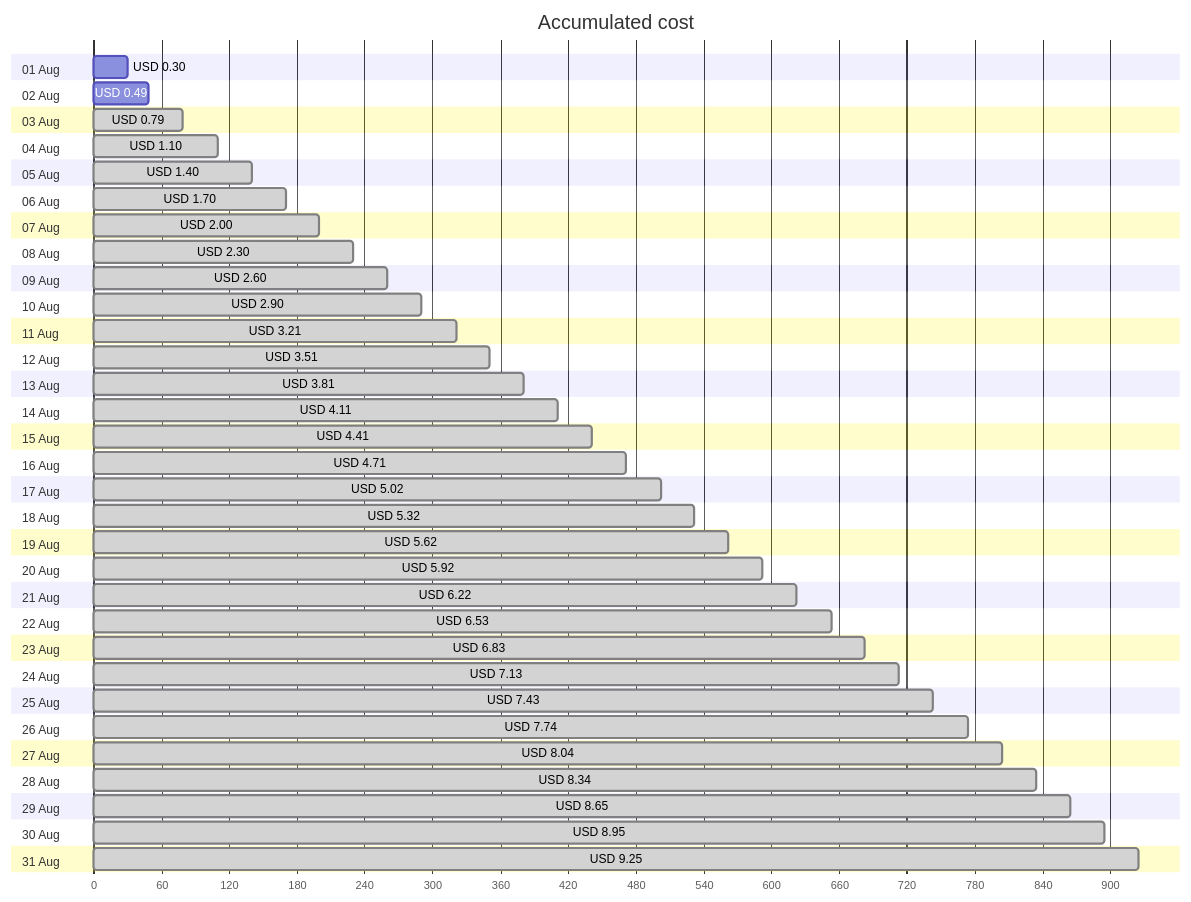
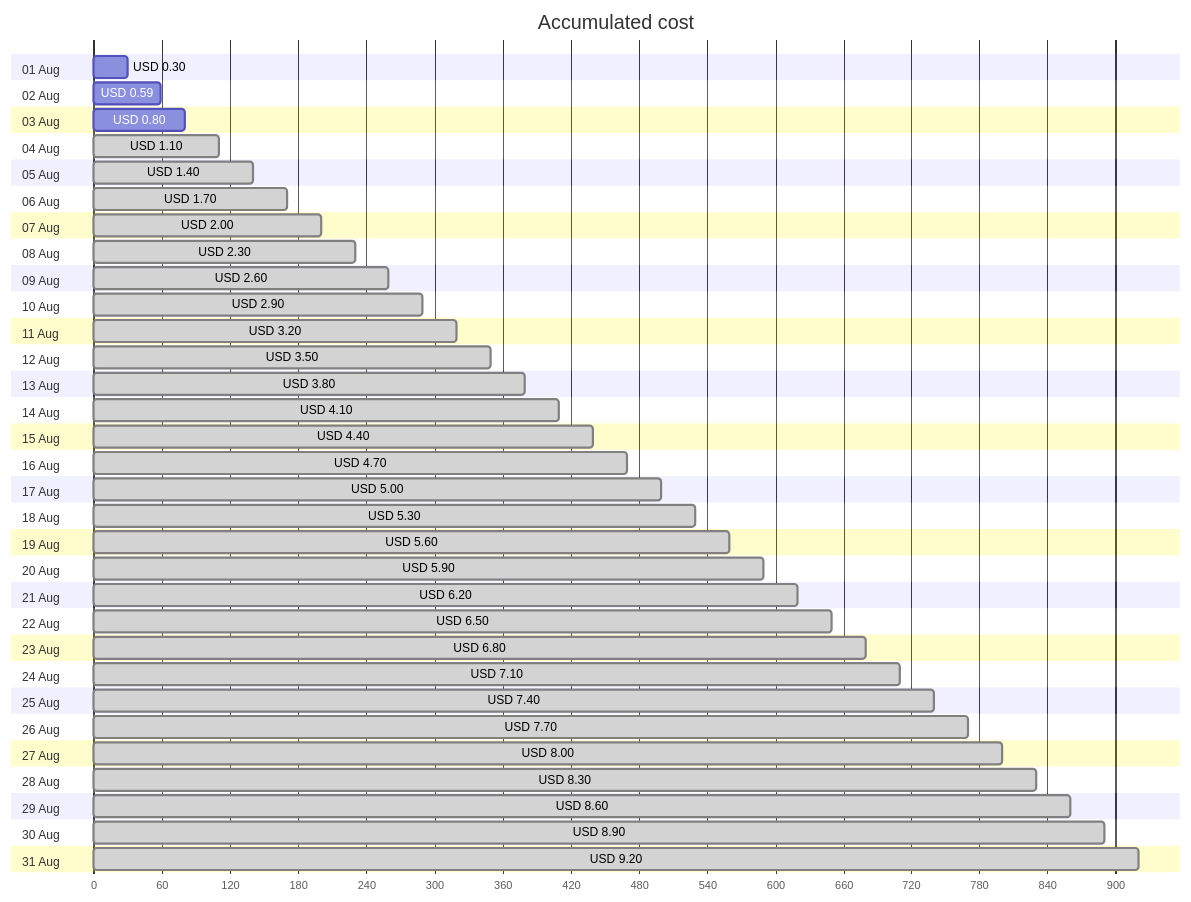
Before and after one commit to jpfulton/azure-personal-reports: the first of 4 diagrams in cost-reports/personal-site/personal-site.md, drawn with Mermaid. The commit also changed other lines of this file and 6 other files, not shown here.

````diff
--- a/cost-reports/personal-site/personal-site.md
+++ b/cost-reports/personal-site/personal-site.md
@@ -20,68 +20,68 @@
 ```mermaid
 gantt
    title Accumulated cost
    dateFormat  X
    axisFormat %s
    section 01 Aug
    USD 0.30 :0, 30
    section 02 Aug
-   USD 0.49 :0, 49
+   USD 0.59 :0, 59
    section 03 Aug
-   USD 0.79 : done, 0, 79
+   USD 0.80 :0, 80
    section 04 Aug
    USD 1.10 : done, 0, 110
    section 05 Aug
    USD 1.40 : done, 0, 140
    section 06 Aug
    USD 1.70 : done, 0, 170
    section 07 Aug
    USD 2.00 : done, 0, 200
    section 08 Aug
    USD 2.30 : done, 0, 230
    section 09 Aug
    USD 2.60 : done, 0, 260
    section 10 Aug
    USD 2.90 : done, 0, 290
    section 11 Aug
-   USD 3.21 : done, 0, 321
+   USD 3.20 : done, 0, 320
    section 12 Aug
-   USD 3.51 : done, 0, 351
+   USD 3.50 : done, 0, 350
    section 13 Aug
-   USD 3.81 : done, 0, 381
+   USD 3.80 : done, 0, 380
    section 14 Aug
-   USD 4.11 : done, 0, 411
+   USD 4.10 : done, 0, 410
    section 15 Aug
-   USD 4.41 : done, 0, 441
+   USD 4.40 : done, 0, 440
    section 16 Aug
-   USD 4.71 : done, 0, 471
+   USD 4.70 : done, 0, 470
    section 17 Aug
-   USD 5.02 : done, 0, 502
+   USD 5.00 : done, 0, 500
    section 18 Aug
-   USD 5.32 : done, 0, 532
+   USD 5.30 : done, 0, 530
    section 19 Aug
-   USD 5.62 : done, 0, 562
+   USD 5.60 : done, 0, 560
    section 20 Aug
-   USD 5.92 : done, 0, 592
+   USD 5.90 : done, 0, 590
    section 21 Aug
-   USD 6.22 : done, 0, 622
+   USD 6.20 : done, 0, 620
    section 22 Aug
-   USD 6.53 : done, 0, 653
+   USD 6.50 : done, 0, 650
    section 23 Aug
-   USD 6.83 : done, 0, 683
+   USD 6.80 : done, 0, 680
    section 24 Aug
-   USD 7.13 : done, 0, 713
+   USD 7.10 : done, 0, 710
    section 25 Aug
-   USD 7.43 : done, 0, 743
+   USD 7.40 : done, 0, 740
    section 26 Aug
-   USD 7.74 : done, 0, 774
+   USD 7.70 : done, 0, 770
    section 27 Aug
-   USD 8.04 : done, 0, 804
+   USD 8.00 : done, 0, 800
    section 28 Aug
-   USD 8.34 : done, 0, 834
+   USD 8.30 : done, 0, 830
    section 29 Aug
-   USD 8.65 : done, 0, 865
+   USD 8.60 : done, 0, 860
    section 30 Aug
-   USD 8.95 : done, 0, 895
+   USD 8.90 : done, 0, 890
    section 31 Aug
-   USD 9.25 : done, 0, 925
+   USD 9.20 : done, 0, 920
 ```
````
